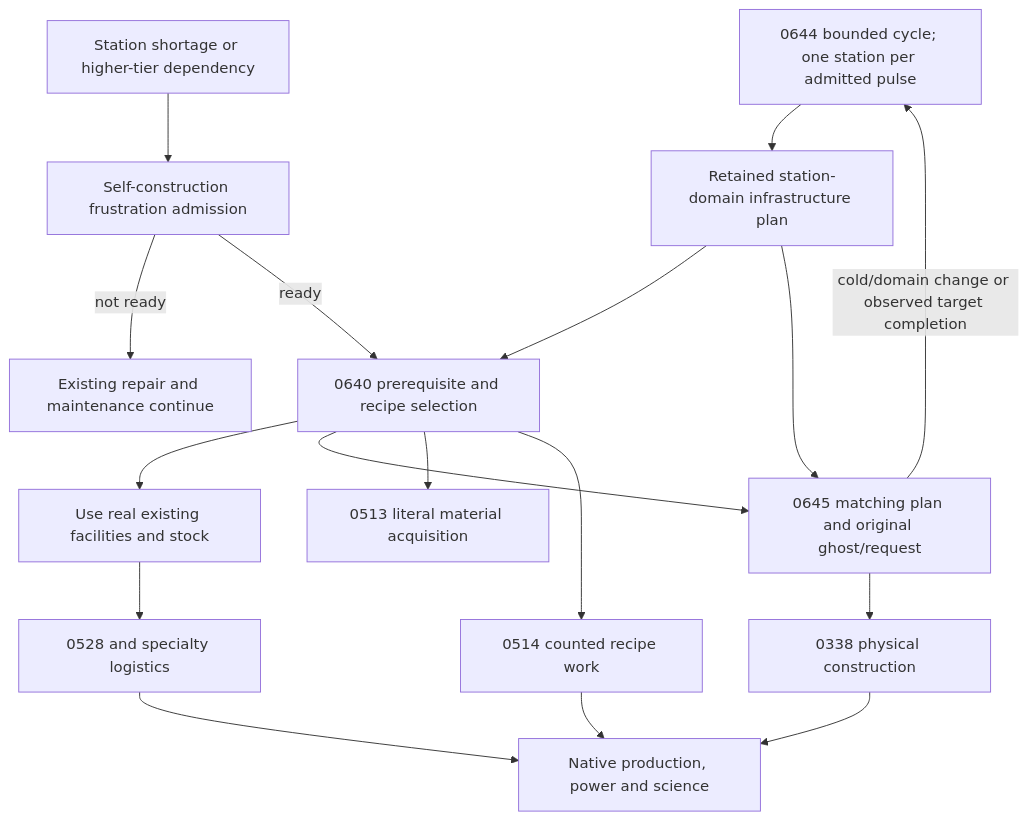
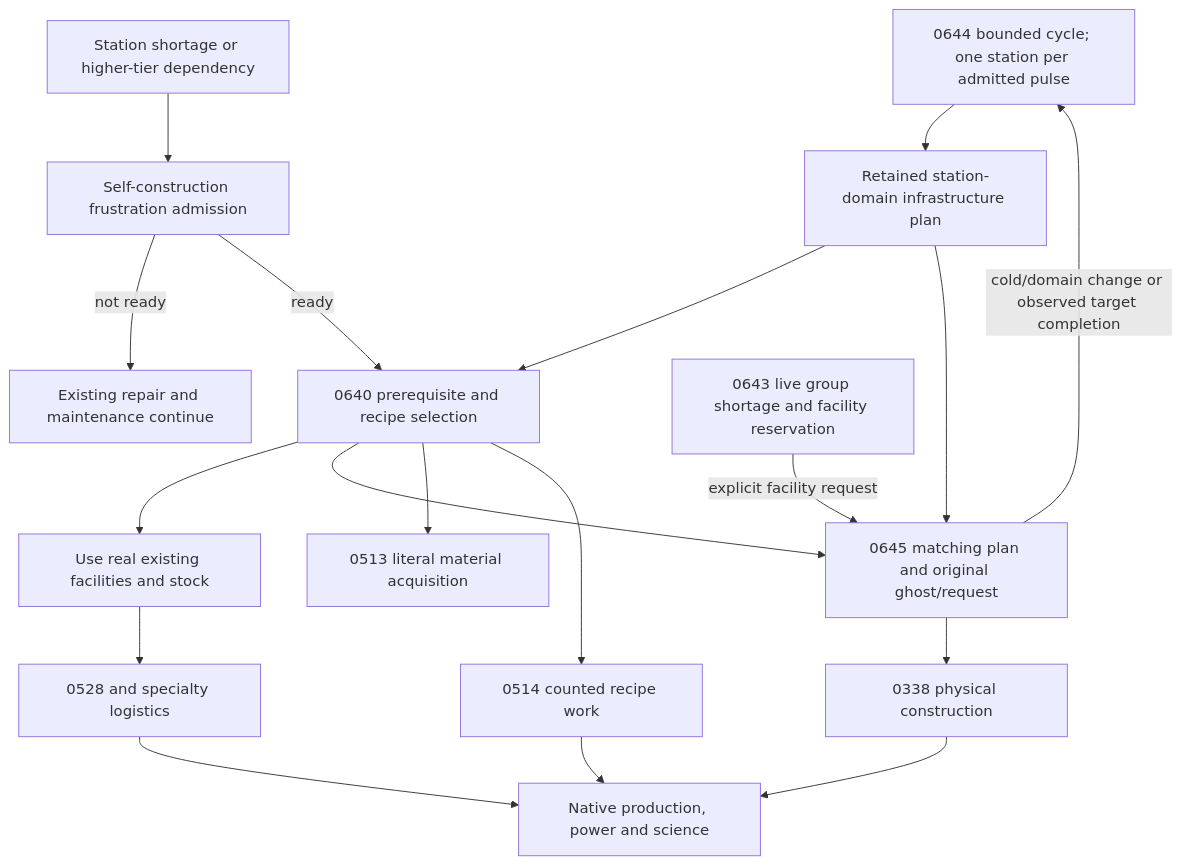
The first of 2 diagrams in docs/BEHAVIOR_MERMAID_FUNCTION_DRILLDOWN_0666_INFRASTRUCTURE_PLANNING.md (mrcalzon02/Tech-Priests), drawn with Mermaid before and after one commit. The commit also changed other lines of this file and 27 other files, not shown here.

````diff
--- a/docs/BEHAVIOR_MERMAID_FUNCTION_DRILLDOWN_0666_INFRASTRUCTURE_PLANNING.md
+++ b/docs/BEHAVIOR_MERMAID_FUNCTION_DRILLDOWN_0666_INFRASTRUCTURE_PLANNING.md
@@ -15,19 +15,20 @@
 ```mermaid
 flowchart TD
     Survey["0644 bounded cycle; one station per admitted pulse"] --> Plan["Retained station-domain infrastructure plan"]
     Need["Station shortage or higher-tier dependency"] --> Gate["Self-construction frustration admission"]
     Gate -->|"not ready"| Maintain["Existing repair and maintenance continue"]
     Gate -->|"ready"| Governor["0640 prerequisite and recipe selection"]
     Plan --> Governor
     Governor --> Existing["Use real existing facilities and stock"]
     Governor --> Build["0645 matching plan and original ghost/request"]
+    Assessment["0643 live group shortage and facility reservation"] -->|"explicit facility request"| Build
     Plan --> Build
     Build -->|"cold/domain change or observed target completion"| Survey
     Build --> Constructor["0338 physical construction"]
     Governor --> Acquire["0513 literal material acquisition"]
     Governor --> Craft["0514 counted recipe work"]
     Existing --> Logistics["0528 and specialty logistics"]
     Constructor --> Native["Native production, power and science"]
     Logistics --> Native
     Craft --> Native
 ```
````
